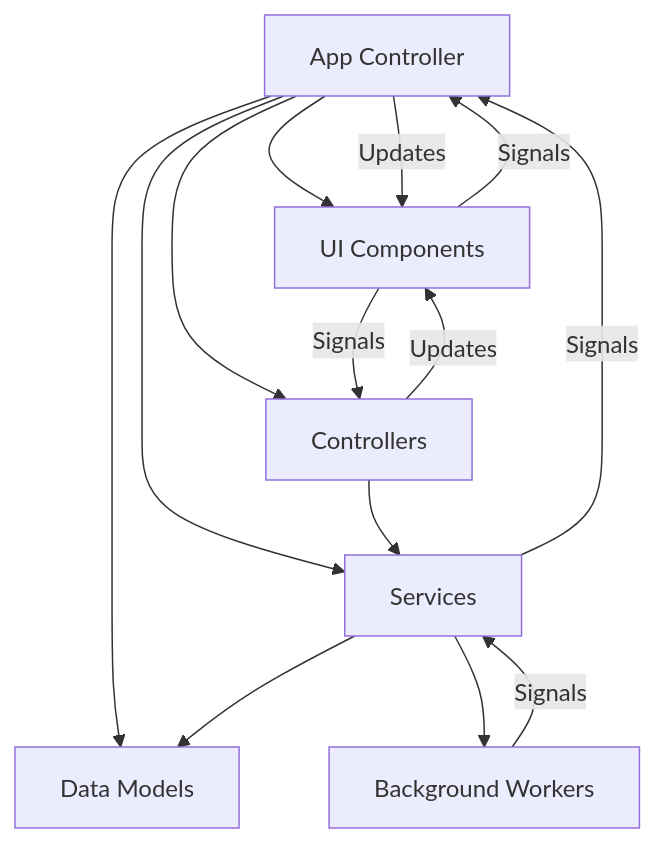
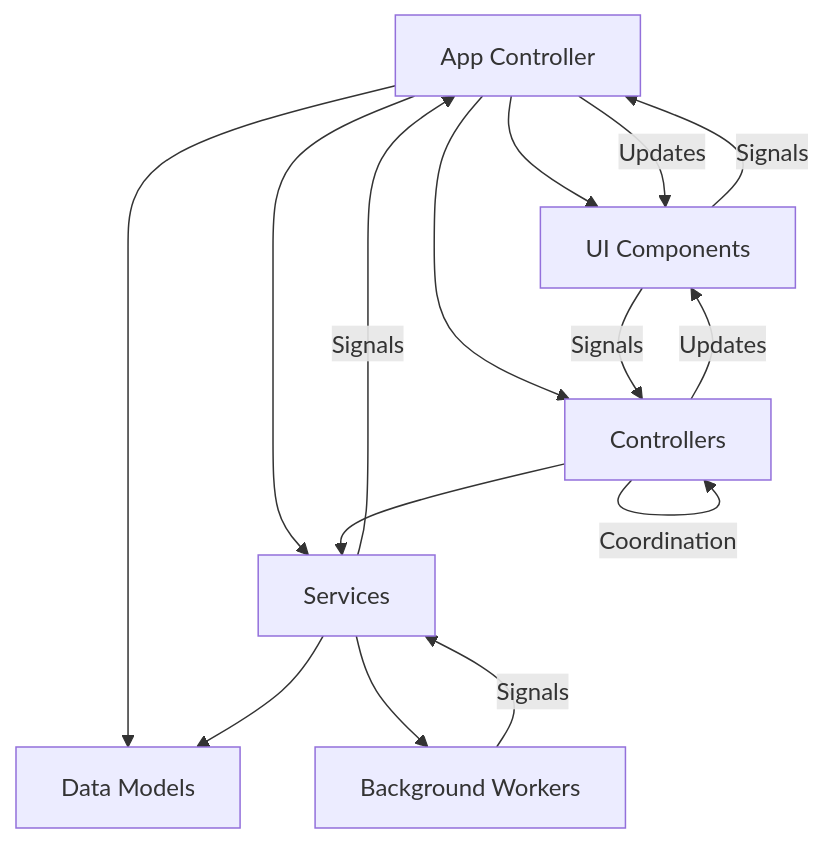
The first of 3 diagrams in memory-bank/activeContext.md (LinkesAuge/ChestBuddy), drawn with Mermaid before and after one commit. The commit also changed other lines of this file and 16 other files, not shown here.

````diff
--- a/memory-bank/activeContext.md
+++ b/memory-bank/activeContext.md
@@ -116,20 +136,22 @@
 ```mermaid
 graph TD
     App[App Controller] --> UI[UI Components]
     App --> Services[Services]
     App --> Models[Data Models]
     App --> Controllers[Controllers]
     
     UI -->|Signals| App
     App -->|Updates| UI
     
     Services --> Models
     Services --> Workers[Background Workers]
     
     Workers -->|Signals| Services
     Services -->|Signals| App
     
     Controllers --> Services
     Controllers -->|Updates| UI
     UI -->|Signals| Controllers
+    
+    Controllers -->|Coordination| Controllers
 ```
````
